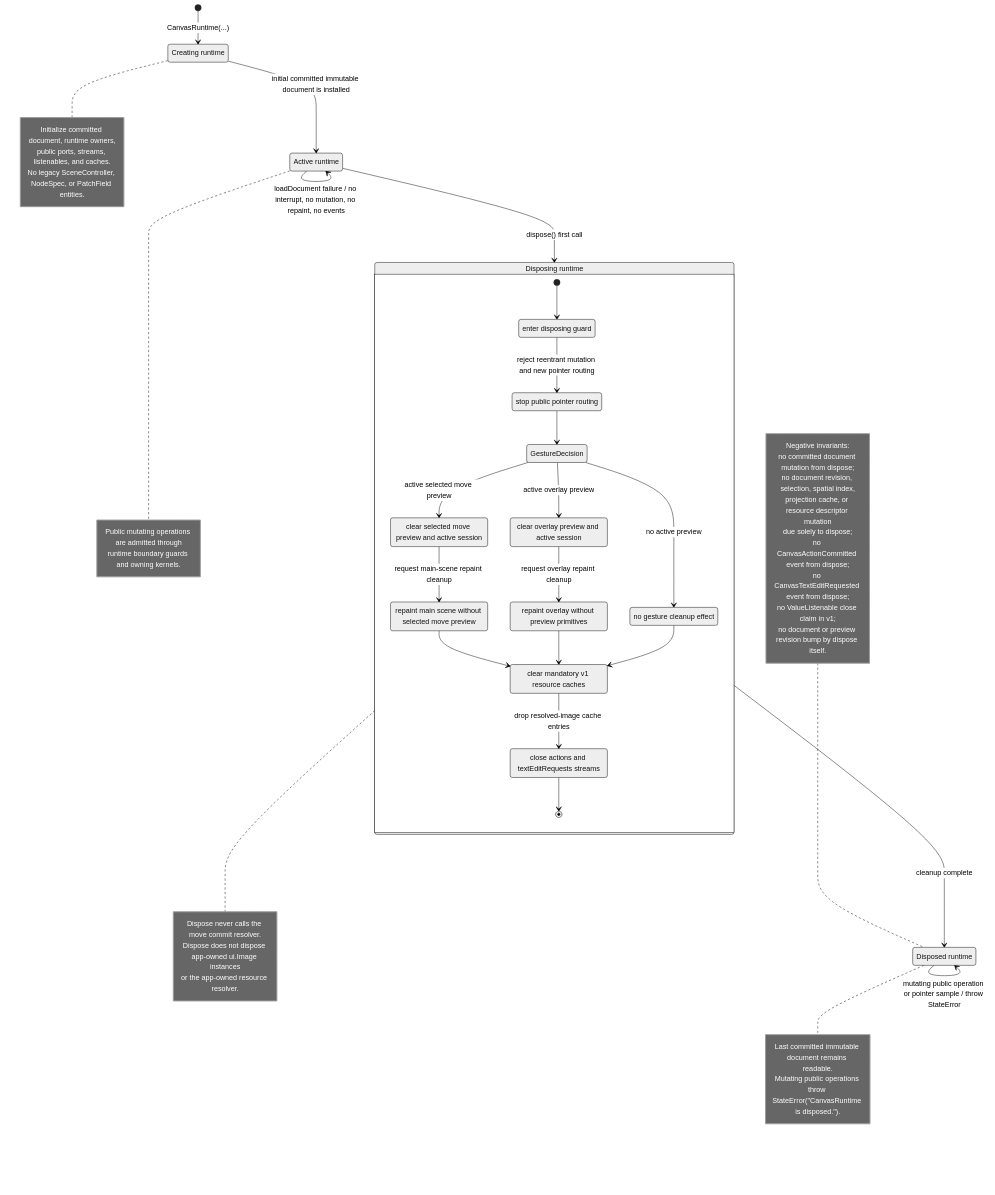
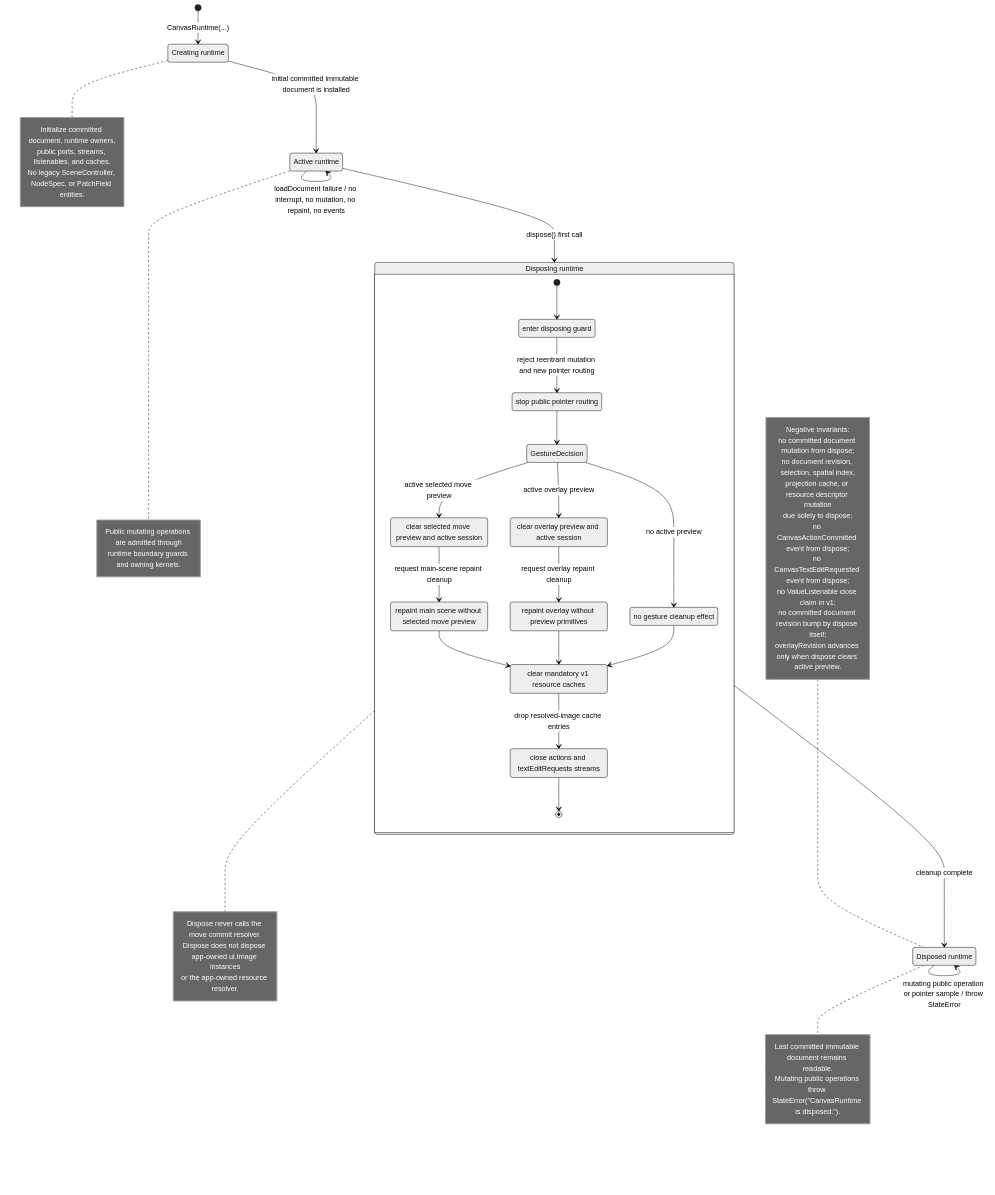
Before and after one commit to GreatPika/iwb_canvas_engine: the diagram in next/iwb_canvas_engine_next/docs/diagrams/state_runtime_lifecycle.mmd, drawn with Mermaid (neutral theme). The commit also changed 28 other files, not shown here.

First line of the commit message:
docs: align diagram contracts with architecture

```diff
--- a/next/iwb_canvas_engine_next/docs/diagrams/state_runtime_lifecycle.mmd
+++ b/next/iwb_canvas_engine_next/docs/diagrams/state_runtime_lifecycle.mmd
@@ -1,85 +1,86 @@
 %% CanvasRuntime lifecycle state diagram
 stateDiagram-v2
   [*] --> Creating: CanvasRuntime(...)
 
   state "Creating runtime" as Creating
   note right of Creating
     Initialize committed document, runtime owners,
     public ports, streams, listenables, and caches.
     No legacy SceneController, NodeSpec, or PatchField entities.
   end note
 
   Creating --> Active: initial committed immutable document is installed
 
   state "Active runtime" as Active
   note right of Active
     Public mutating operations are admitted through
     runtime boundary guards and owning kernels.
   end note
 
   Active --> Active: readDocument() / return current immutable document
   Active --> Active: successful edit or command / atomic commit and typed effects
   Active --> Active: loadDocument success / success-only interaction interrupt, atomic replacement, cache invalidation
   Active --> Active: loadDocument failure / no interrupt, no mutation, no repaint, no events
   Active --> Disposing: dispose() first call
 
   state "Disposing runtime" as Disposing {
     [*] --> EnterGuard
     EnterGuard: enter disposing guard
     EnterGuard --> StopRouting: reject reentrant mutation and new pointer routing
     StopRouting: stop public pointer routing
 
     StopRouting --> GestureDecision
     state GestureDecision <<choice>>
     GestureDecision --> SelectedMoveCleanup: active selected move preview
     GestureDecision --> OverlayCleanup: active overlay preview
     GestureDecision --> NoGestureCleanup: no active preview
 
     SelectedMoveCleanup: clear selected move preview and active session
     SelectedMoveCleanup --> MainCleanupRepaint: request main-scene repaint cleanup
     MainCleanupRepaint: repaint main scene without selected move preview
     MainCleanupRepaint --> ResourceCacheCleanup
 
     OverlayCleanup: clear overlay preview and active session
     OverlayCleanup --> OverlayCleanupRepaint: request overlay repaint cleanup
     OverlayCleanupRepaint: repaint overlay without preview primitives
     OverlayCleanupRepaint --> ResourceCacheCleanup
 
     NoGestureCleanup: no gesture cleanup effect
     NoGestureCleanup --> ResourceCacheCleanup
 
     ResourceCacheCleanup: clear mandatory v1 resource caches
     ResourceCacheCleanup --> CloseStreams: drop resolved-image cache entries
     CloseStreams: close actions and textEditRequests streams
     CloseStreams --> [*]
   }
 
   note right of Disposing
     Dispose never calls the move commit resolver.
     Dispose does not dispose app-owned ui.Image instances
     or the app-owned resource resolver.
   end note
 
   Disposing --> Disposed: cleanup complete
 
   state "Disposed runtime" as Disposed
   note right of Disposed
     Last committed immutable document remains readable.
     Mutating public operations throw StateError("CanvasRuntime is disposed.").
   end note
 
   Disposed --> Disposed: dispose() again / return without side effects
   Disposed --> Disposed: readDocument() / return last committed immutable document
   Disposed --> Disposed: mutating public operation or pointer sample / throw StateError
 
   note left of Disposed
     Negative invariants:
     no committed document mutation from dispose;
     no document revision, selection, spatial index,
     projection cache, or resource descriptor mutation
     due solely to dispose;
     no CanvasActionCommitted event from dispose;
     no CanvasTextEditRequested event from dispose;
     no ValueListenable close claim in v1;
-    no document or preview revision bump by dispose itself.
+    no committed document revision bump by dispose itself;
+    overlayRevision advances only when dispose clears active preview.
   end note
```
